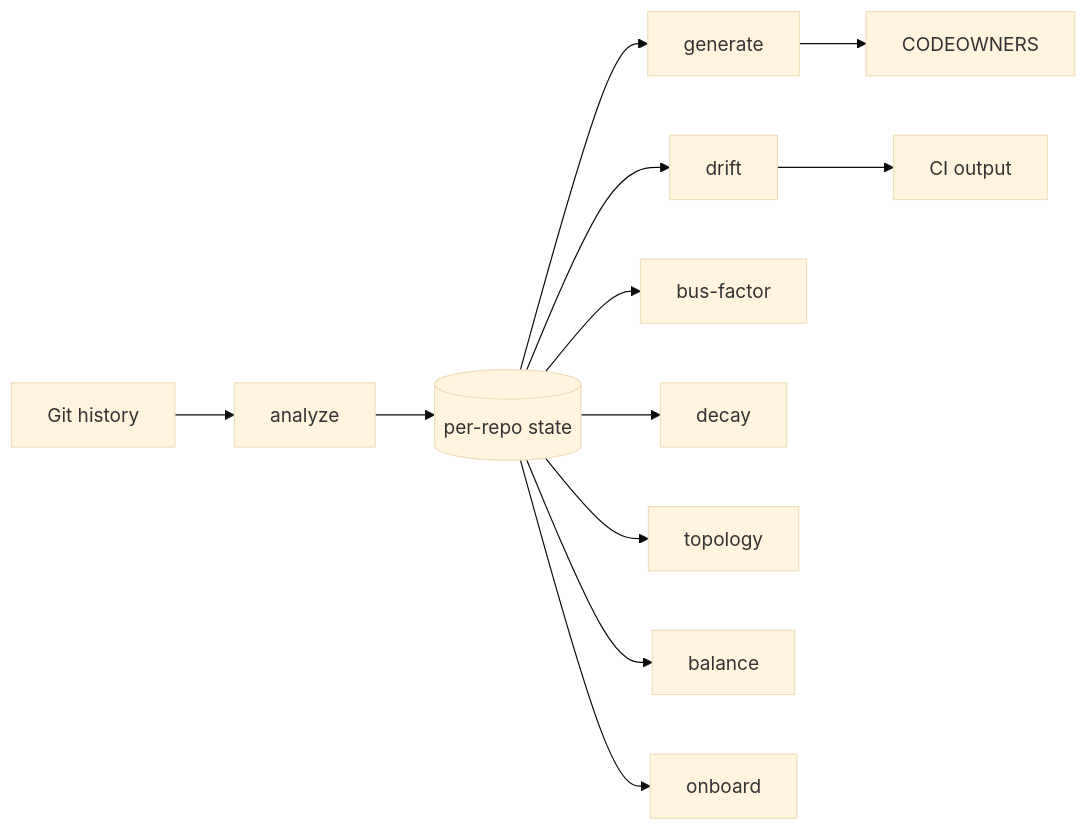
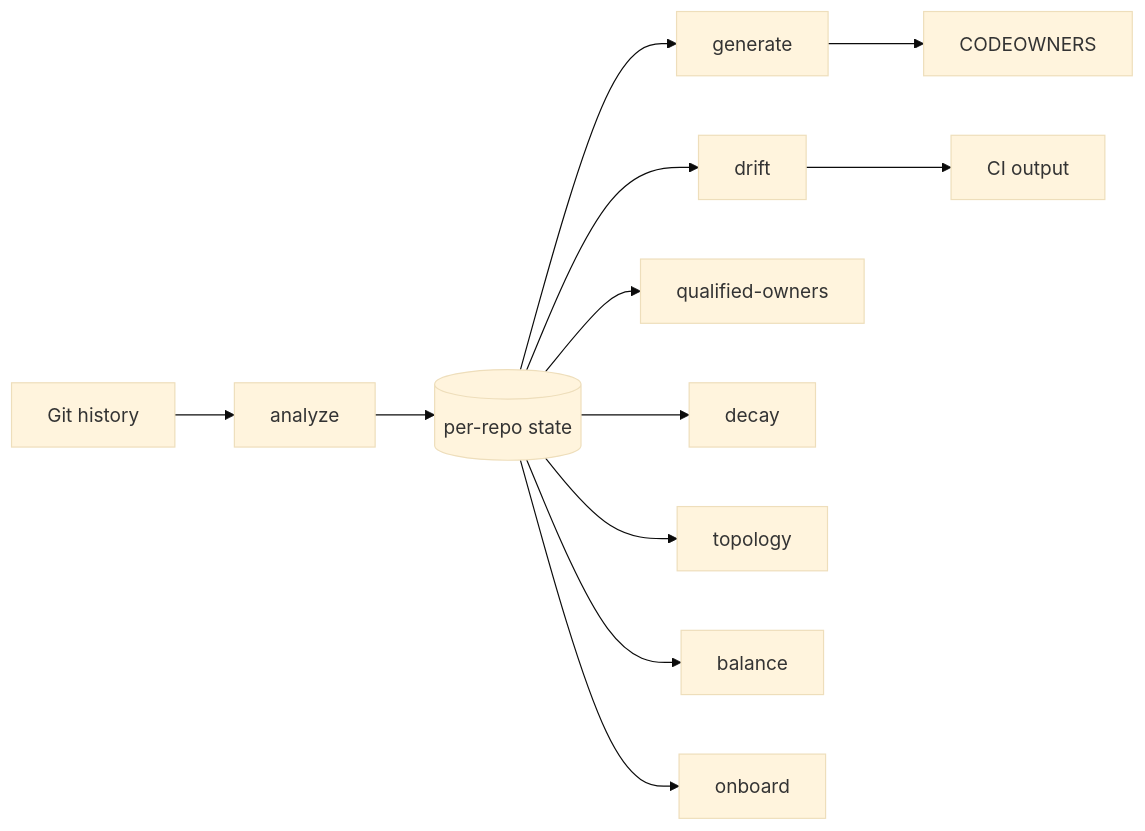
Before and after one commit to smusali/checkOwners: the first of 2 diagrams in docs/USAGE.md, drawn with Mermaid (base theme). The commit also changed other lines of this file and 32 other files, not shown here.

Commit message:
fix(C1): name capped owner count as qualified-owners

````diff
--- a/docs/USAGE.md
+++ b/docs/USAGE.md
@@ -7,14 +7,14 @@
 ```mermaid
 flowchart LR
     Git[Git history] --> Analyze[analyze]
     Analyze --> State[(per-repo state)]
     State --> Generate[generate]
     State --> Drift[drift]
-    State --> Bus[bus-factor]
+    State --> Owners[qualified-owners]
     State --> Decay[decay]
     State --> Topology[topology]
     State --> Balance[balance]
     State --> Onboard[onboard]
     Generate --> CO[CODEOWNERS]
     Drift --> CI[CI output]
 ```
````
